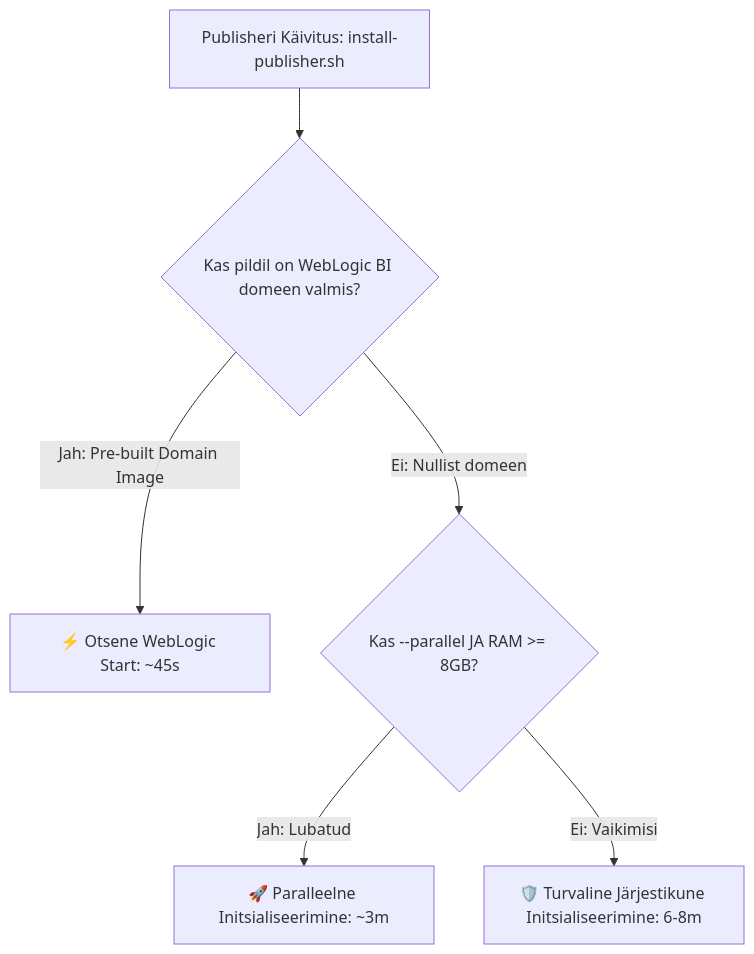
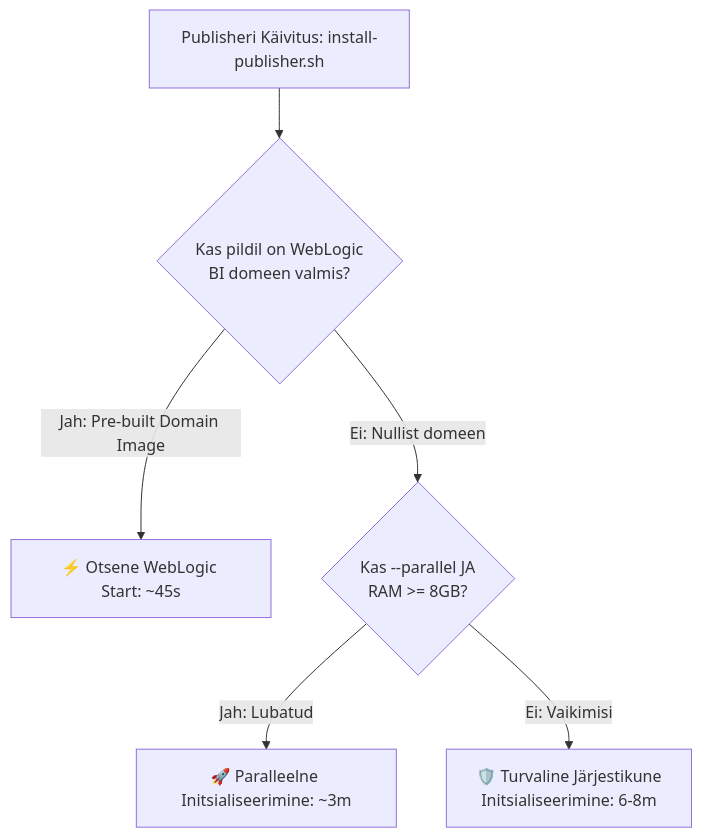
The diagram in backlog/done/TASK-019-publisher-speedup.md (alahe/oracle-devops-platform), drawn with Mermaid before and after one commit. The commit also changed 412 other files, not shown here.

````diff
--- a/backlog/done/TASK-019-publisher-speedup.md
+++ b/backlog/done/TASK-019-publisher-speedup.md
@@ -23,9 +23,9 @@
 ```mermaid
 graph TD
-    Start[Publisheri Käivitus: install-publisher.sh] --> CheckImage{Kas pildil on WebLogic BI domeen valmis?}
+    Start[Publisheri Käivitus: install-publisher.sh] --> CheckImage{Kas pildil on WebLogic<br/>BI domeen valmis?}
     CheckImage -->|Jah: Pre-built Domain Image| DirectStart[⚡ Otsene WebLogic Start: ~45s]
-    CheckImage -->|Ei: Nullist domeen| CheckPar{Kas --parallel JA RAM >= 8GB?}
+    CheckImage -->|Ei: Nullist domeen| CheckPar{Kas --parallel JA<br/>RAM >= 8GB?}
     
     CheckPar -->|Jah: Lubatud| ParallelRun[🚀 Paralleelne Initsialiseerimine: ~3m]
-    CheckPar -->|Ei: Vaikimisi| SafeRun[🛡️ Turvaline Järjestikune Initsialiseerimine: 6-8m]
+    CheckPar -->|Ei: Vaikimisi| SafeRun[🛡️ Turvaline Järjestikune<br/>Initsialiseerimine: 6-8m]
 ```
````
